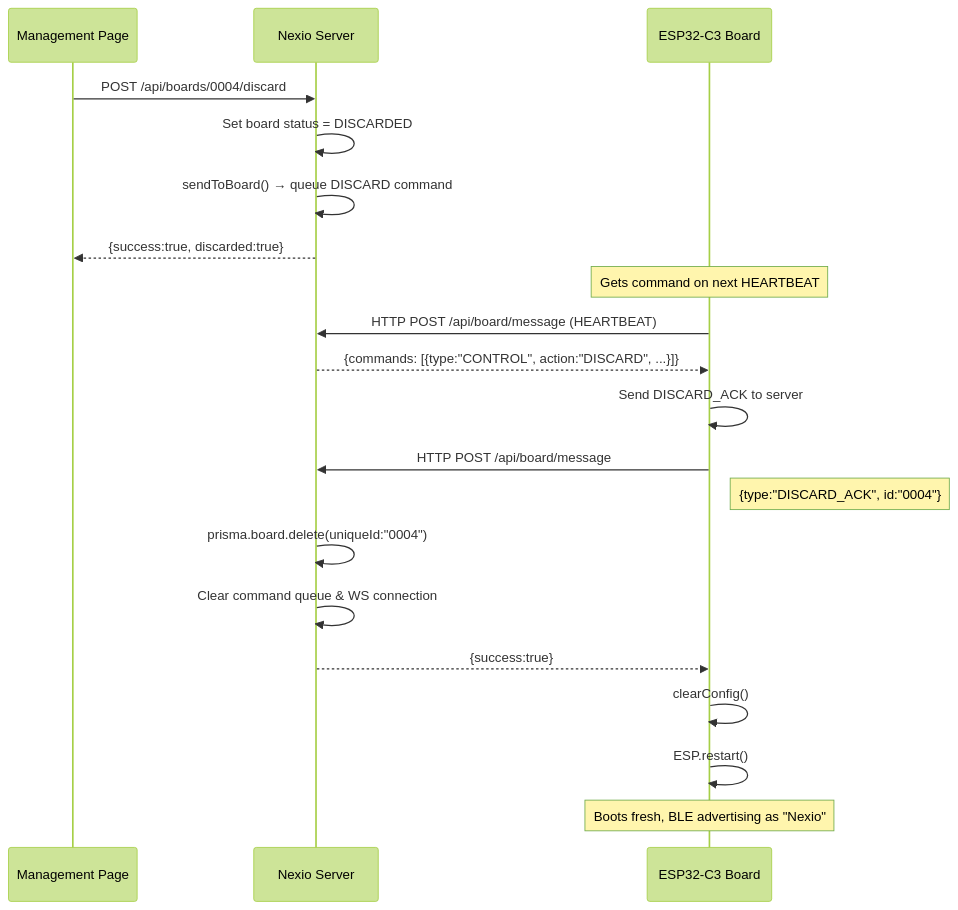
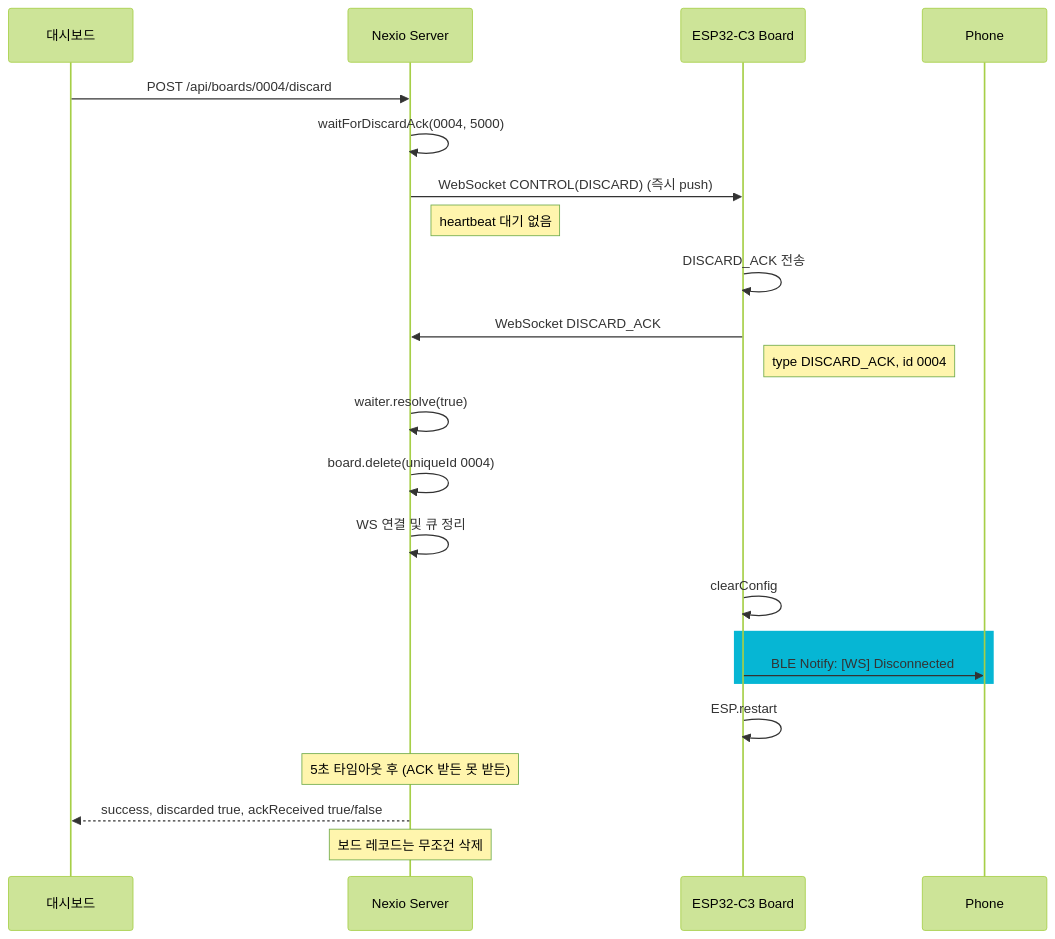
The third of 9 diagrams in docs/communication-sequence.md (hyunu/nexio), drawn with Mermaid (forest theme) before and after one commit. The commit also changed other lines of this file and 19 other files, not shown here.

````diff
--- a/docs/communication-sequence.md
+++ b/docs/communication-sequence.md
@@ -80,26 +155,31 @@
 ```mermaid
 sequenceDiagram
-    participant Admin as Management Page
+    participant Admin as 대시보드
     participant Server as Nexio Server
     participant Board as ESP32-C3 Board
 
     Admin->>Server: POST /api/boards/0004/discard
-    Server->>Server: Set board status = DISCARDED
-    Server->>Server: sendToBoard() → queue DISCARD command
-    Server-->>Admin: {success:true, discarded:true}
+    Server->>Server: waitForDiscardAck(0004, 5000)
 
-    Note over Board: Gets command on next HEARTBEAT
-    Board->>Server: HTTP POST /api/board/message (HEARTBEAT)
-    Server-->>Board: {commands: [{type:"CONTROL", action:"DISCARD", ...}]}
+    Server->>Board: WebSocket CONTROL(DISCARD) (즉시 push)
+    Note right of Server: heartbeat 대기 없음
 
-    Board->>Board: Send DISCARD_ACK to server
-    Board->>Server: HTTP POST /api/board/message
-    Note right of Board: {type:"DISCARD_ACK", id:"0004"}
-    Server->>Server: prisma.board.delete(uniqueId:"0004")
-    Server->>Server: Clear command queue & WS connection
-    Server-->>Board: {success:true}
+    Board->>Board: DISCARD_ACK 전송
+    Board->>Server: WebSocket DISCARD_ACK
+    Note right of Board: type DISCARD_ACK, id 0004
+    Server->>Server: waiter.resolve(true)
+    Server->>Server: board.delete(uniqueId 0004)
+    Server->>Server: WS 연결 및 큐 정리
 
-    Board->>Board: clearConfig()
-    Board->>Board: ESP.restart()
-    Note over Board: Boots fresh, BLE advertising as "Nexio"
+    Board->>Board: clearConfig
+
+    rect rgb(6, 182, 212)
+        Board->>Phone: BLE Notify: [WS] Disconnected
+    end
+
+    Board->>Board: ESP.restart
+
+    Note over Server: 5초 타임아웃 후 (ACK 받든 못 받든)
+    Server-->>Admin: success, discarded true, ackReceived true/false
+    Note over Server: 보드 레코드는 무조건 삭제
 ```
````
